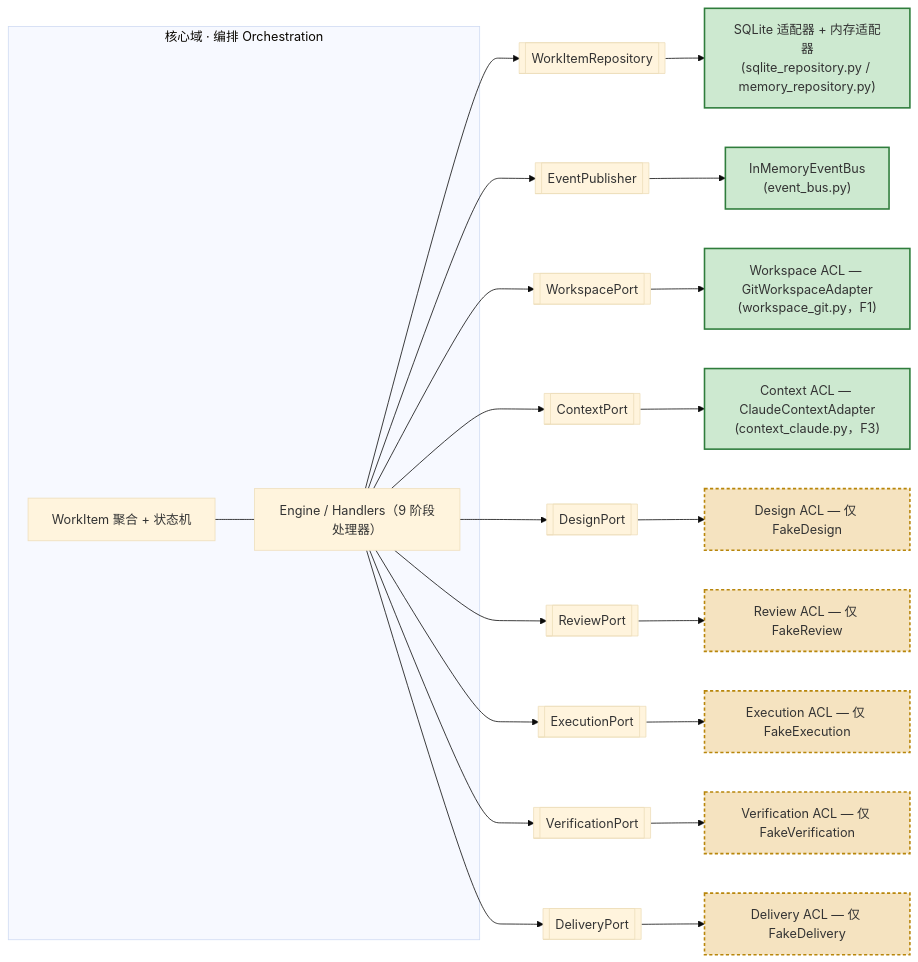
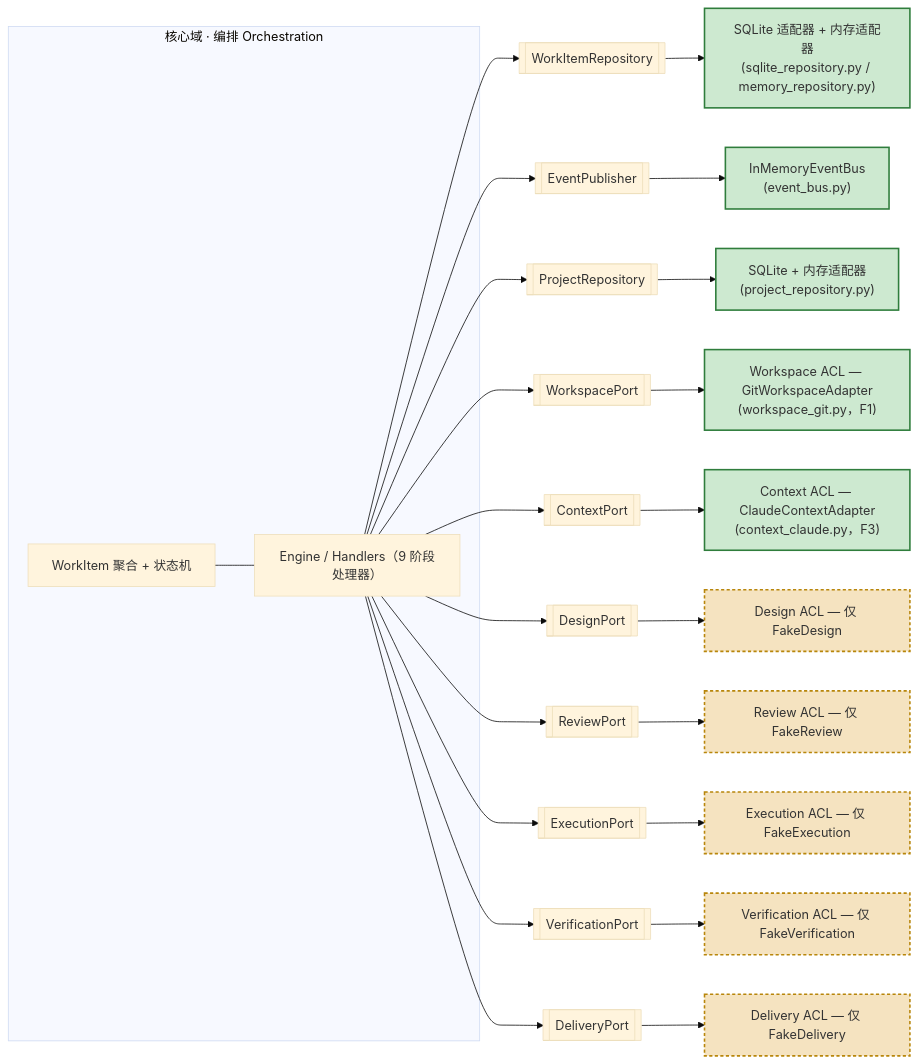
The first of 5 diagrams in docs/architecture/diagrams.md (wang14597/autodev), drawn with Mermaid (base theme) before and after one commit. The commit also changed other lines of this file and 4 other files, not shown here.

Commit message:
docs+ci: Project 概念文档同步(diagrams/README/CHANGELOG, 端口 9→10)

````diff
--- a/docs/architecture/diagrams.md
+++ b/docs/architecture/diagrams.md
@@ -10,31 +10,33 @@
 ```mermaid
 flowchart LR
     subgraph CORE["核心域 · 编排 Orchestration"]
         WI["WorkItem 聚合 + 状态机"]
         ENGINE["Engine / Handlers（9 阶段处理器）"]
         WI --- ENGINE
     end
 
     ENGINE --> P1[["WorkItemRepository"]]
     ENGINE --> P2[["EventPublisher"]]
+    ENGINE --> P10[["ProjectRepository"]]
     ENGINE --> P3[["WorkspacePort"]]
     ENGINE --> P4[["ContextPort"]]
     ENGINE --> P5[["DesignPort"]]
     ENGINE --> P6[["ReviewPort"]]
     ENGINE --> P7[["ExecutionPort"]]
     ENGINE --> P8[["VerificationPort"]]
     ENGINE --> P9[["DeliveryPort"]]
 
     P1 --> A1["SQLite 适配器 + 内存适配器<br/>(sqlite_repository.py / memory_repository.py)"]:::impl
     P2 --> A2["InMemoryEventBus<br/>(event_bus.py)"]:::impl
+    P10 --> A10["SQLite + 内存适配器<br/>(project_repository.py)"]:::impl
     P3 --> A3["Workspace ACL — GitWorkspaceAdapter<br/>(workspace_git.py，F1)"]:::impl
     P4 --> A4["Context ACL — ClaudeContextAdapter<br/>(context_claude.py，F3)"]:::impl
     P5 --> A5["Design ACL — 仅 FakeDesign"]:::fake
     P6 --> A6["Review ACL — 仅 FakeReview"]:::fake
     P7 --> A7["Execution ACL — 仅 FakeExecution"]:::fake
     P8 --> A8["Verification ACL — 仅 FakeVerification"]:::fake
     P9 --> A9["Delivery ACL — 仅 FakeDelivery"]:::fake
 
     classDef impl fill:#cde9d0,stroke:#2f7d3c,stroke-width:2px;
     classDef fake fill:#f5e3c0,stroke:#b8860b,stroke-width:2px,stroke-dasharray: 4 3;
 ```
````
